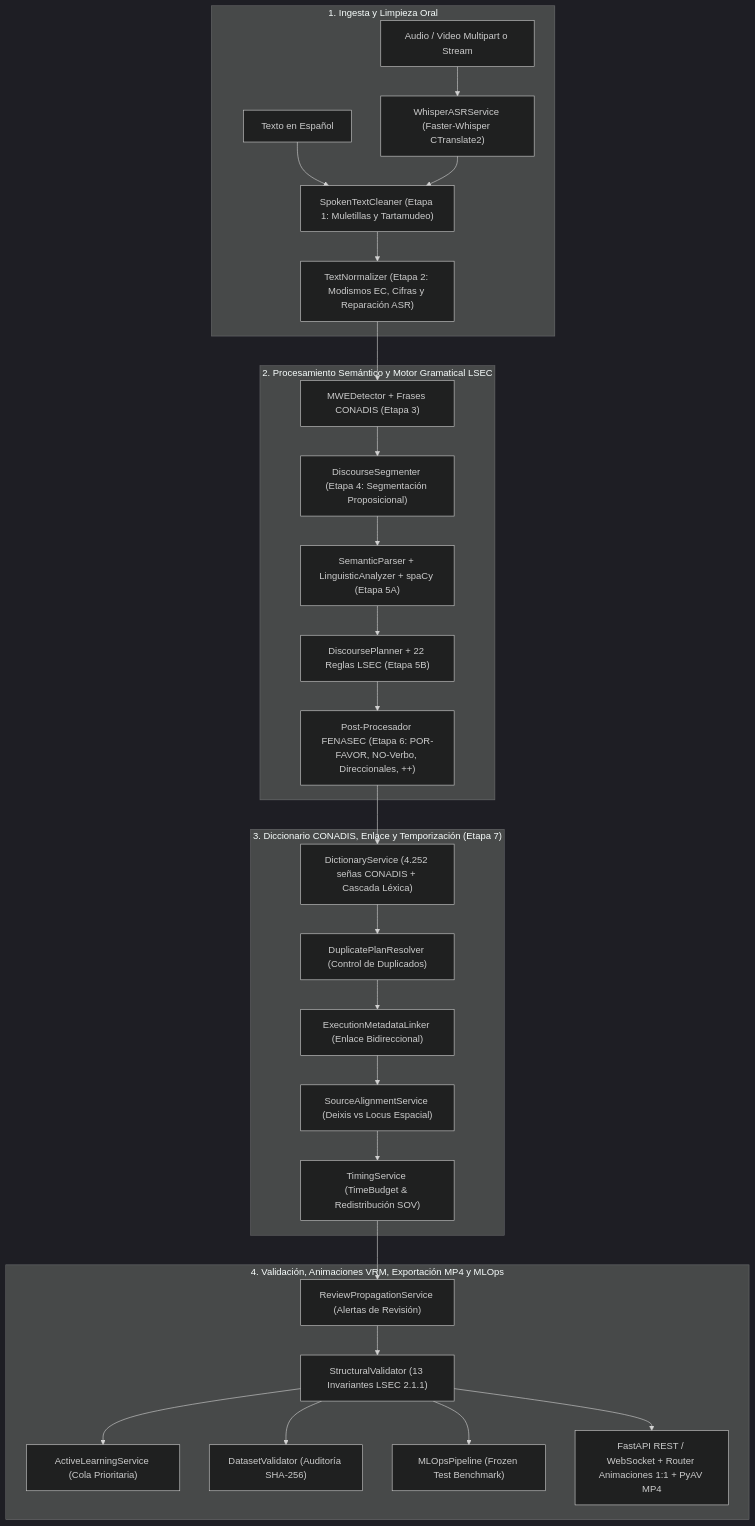
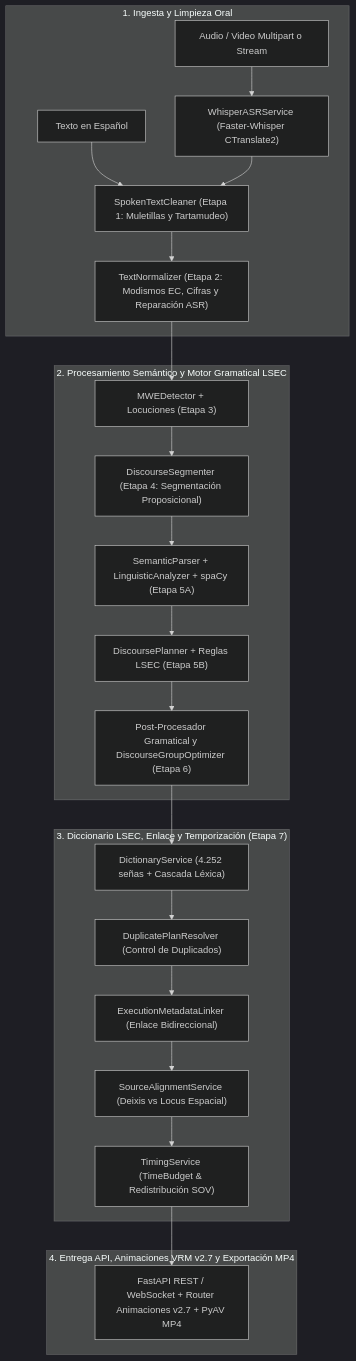
One commit to BrandonVol3/lsec-translator changed the first of 2 diagrams in docs/DOCUMENTACION_SISTEMA_BACKEND_FRONTEND.md. Above: the diagram before and after it, drawn with Mermaid (dark theme). The commit also changed other lines of this file and 121 other files, not shown here.

Commit message:
feat(release): v1.0-prototipo-academico — posicionamiento académico, licencia, avisos en exportación MP4, DiscourseGroupOptimizer y documentación pública

````diff
--- a/docs/DOCUMENTACION_SISTEMA_BACKEND_FRONTEND.md
+++ b/docs/DOCUMENTACION_SISTEMA_BACKEND_FRONTEND.md
@@ -15,34 +17,29 @@
 ```mermaid
 graph TD
     subgraph INGESTION["1. Ingesta y Limpieza Oral"]
         Audio["Audio / Video Multipart o Stream"] --> WhisperASR["WhisperASRService (Faster-Whisper CTranslate2)"]
         Texto["Texto en Español"] --> Cleaner["SpokenTextCleaner (Etapa 1: Muletillas y Tartamudeo)"]
         WhisperASR --> Cleaner
         Cleaner --> Normalizer["TextNormalizer (Etapa 2: Modismos EC, Cifras y Reparación ASR)"]
     end
 
     subgraph NLP_CORE["2. Procesamiento Semántico y Motor Gramatical LSEC"]
-        Normalizer --> MWE["MWEDetector + Frases CONADIS (Etapa 3)"]
+        Normalizer --> MWE["MWEDetector + Locuciones (Etapa 3)"]
         MWE --> Segmenter["DiscourseSegmenter (Etapa 4: Segmentación Proposicional)"]
         Segmenter --> SemanticParser["SemanticParser + LinguisticAnalyzer + spaCy (Etapa 5A)"]
-        SemanticParser --> Planner["DiscoursePlanner + 22 Reglas LSEC (Etapa 5B)"]
-        Planner --> Fenasec["Post-Procesador FENASEC (Etapa 6: POR-FAVOR, NO-Verbo, Direccionales, ++)"]
+        SemanticParser --> Planner["DiscoursePlanner + Reglas LSEC (Etapa 5B)"]
+        Planner --> Fenasec["Post-Procesador Gramatical y DiscourseGroupOptimizer (Etapa 6)"]
     end
 
-    subgraph RESOLUTION_LINKING["3. Diccionario CONADIS, Enlace y Temporización (Etapa 7)"]
-        Fenasec --> DictService["DictionaryService (4.252 señas CONADIS + Cascada Léxica)"]
+    subgraph RESOLUTION_LINKING["3. Diccionario LSEC, Enlace y Temporización (Etapa 7)"]
+        Fenasec --> DictService["DictionaryService (4.252 señas + Cascada Léxica)"]
         DictService --> DuplicateResolver["DuplicatePlanResolver (Control de Duplicados)"]
         DuplicateResolver --> MetadataLinker["ExecutionMetadataLinker (Enlace Bidireccional)"]
         MetadataLinker --> Alignment["SourceAlignmentService (Deixis vs Locus Espacial)"]
         Alignment --> Timing["TimingService (TimeBudget & Redistribución SOV)"]
     end
 
-    subgraph VALIDATION_MLOPS["4. Validación, Animaciones VRM, Exportación MP4 y MLOps"]
-        Timing --> ReviewService["ReviewPropagationService (Alertas de Revisión)"]
-        ReviewService --> Validator["StructuralValidator (13 Invariantes LSEC 2.1.1)"]
-        Validator --> ActiveLearning["ActiveLearningService (Cola Prioritaria)"]
-        Validator --> DatasetValidator["DatasetValidator (Auditoría SHA-256)"]
-        Validator --> MLOps["MLOpsPipeline (Frozen Test Benchmark)"]
-        Validator --> Outputs["FastAPI REST / WebSocket + Router Animaciones 1:1 + PyAV MP4"]
+    subgraph OUTPUT_SERVICES["4. Entrega API, Animaciones VRM v2.7 y Exportación MP4"]
+        Timing --> Outputs["FastAPI REST / WebSocket + Router Animaciones v2.7 + PyAV MP4"]
     end
 ```
````
